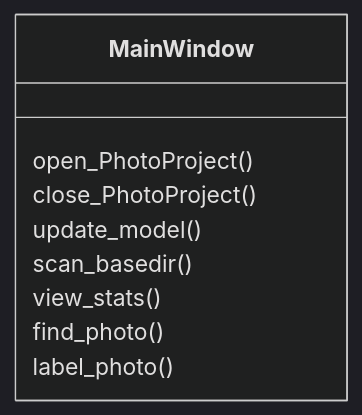
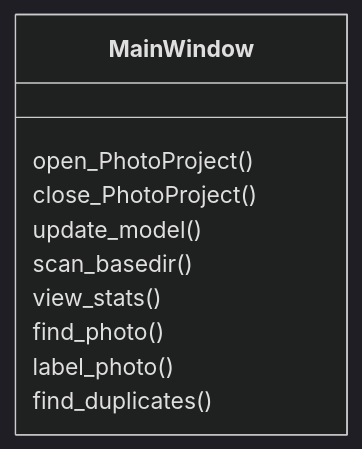
Before and after one commit to fvbakel/fotos: the fourth of 4 diagrams in Design.md, drawn with Mermaid (dark theme). The commit also changed other lines of this file and 7 other files, not shown here.

````diff
--- a/Design.md
+++ b/Design.md
@@ -95,13 +103,14 @@
 ```mermaid
   classDiagram
 
     class MainWindow {
         open_PhotoProject()
         close_PhotoProject()
         update_model()
         scan_basedir()
         view_stats()
         find_photo()
         label_photo()
+        find_duplicates()
     }
 ```
````
